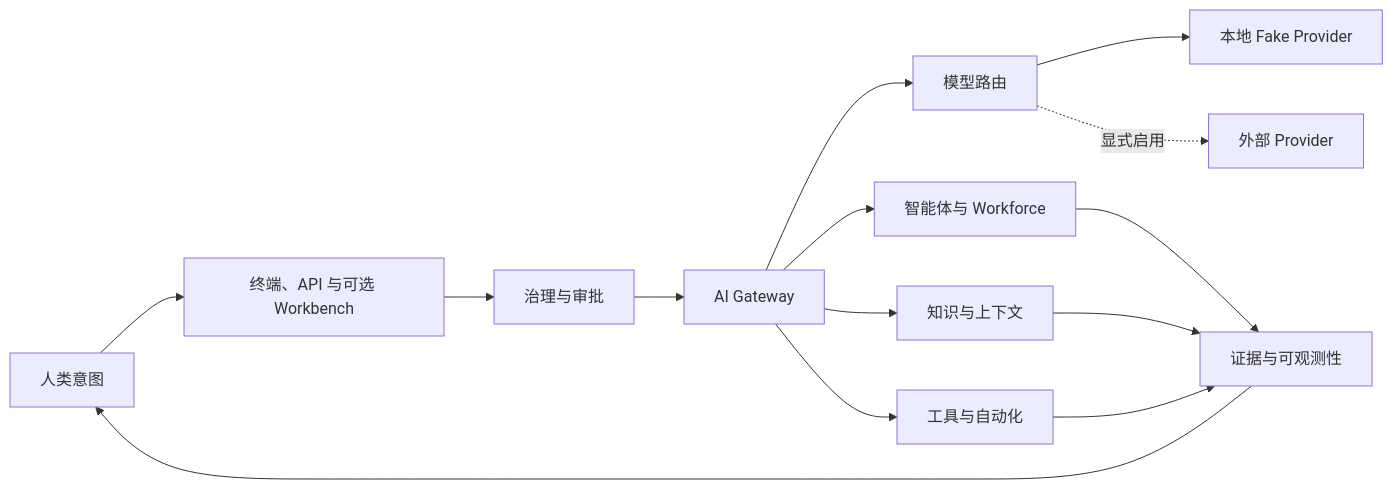
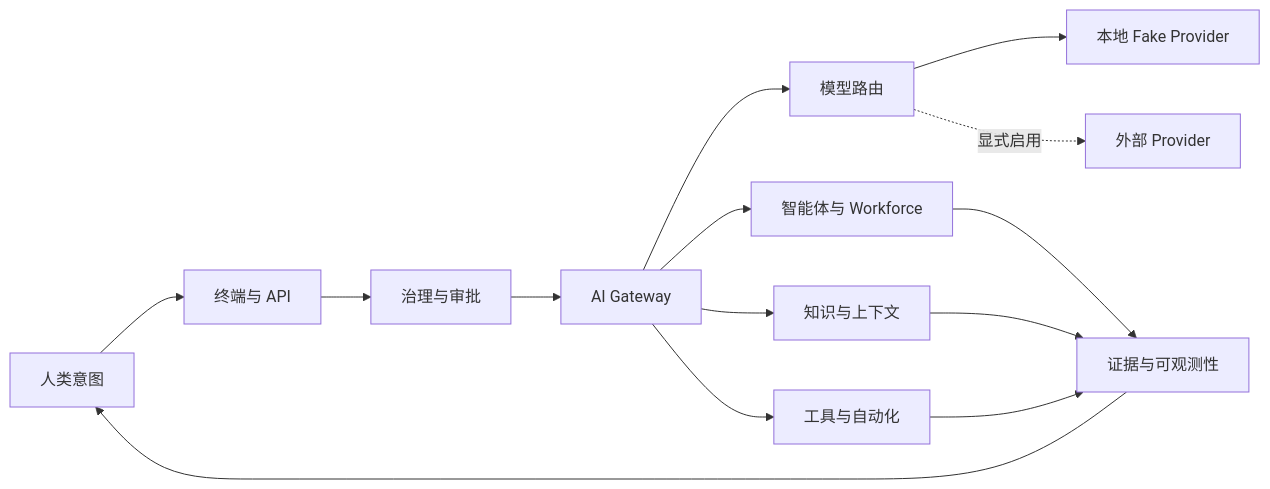
The diagram in README.zh-CN.md (happy520ai/unified-ai-system), drawn with Mermaid before and after one commit. The commit also changed other lines of this file and 214 other files, not shown here.

````diff
--- a/README.zh-CN.md
+++ b/README.zh-CN.md
@@ -172,16 +163,16 @@
 ```mermaid
 flowchart LR
-    H["人类意图"] --> W["终端、API 与可选 Workbench"]
+    H["人类意图"] --> W["终端与 API"]
     W --> G["治理与审批"]
     G --> R["AI Gateway"]
     R --> M["模型路由"]
     R --> A["智能体与 Workforce"]
     R --> K["知识与上下文"]
     R --> T["工具与自动化"]
     M --> L["本地 Fake Provider"]
     M -. "显式启用" .-> P["外部 Provider"]
     A --> E["证据与可观测性"]
     K --> E
     T --> E
     E --> H
 ```
````
